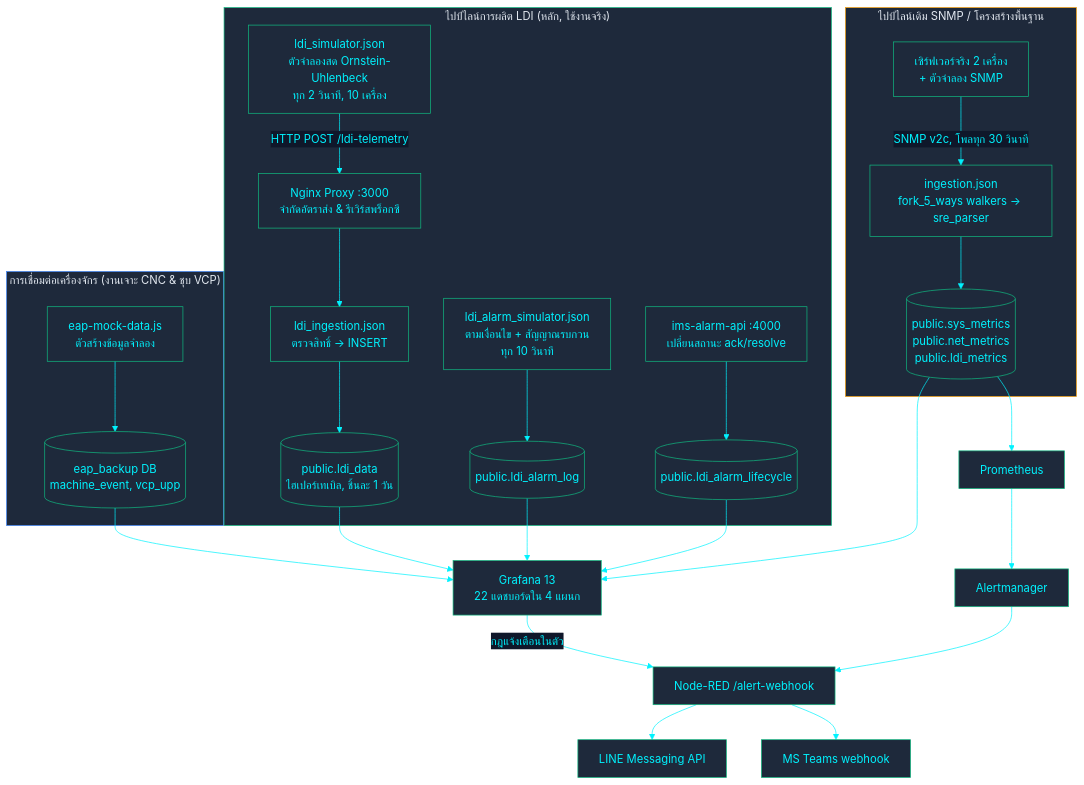
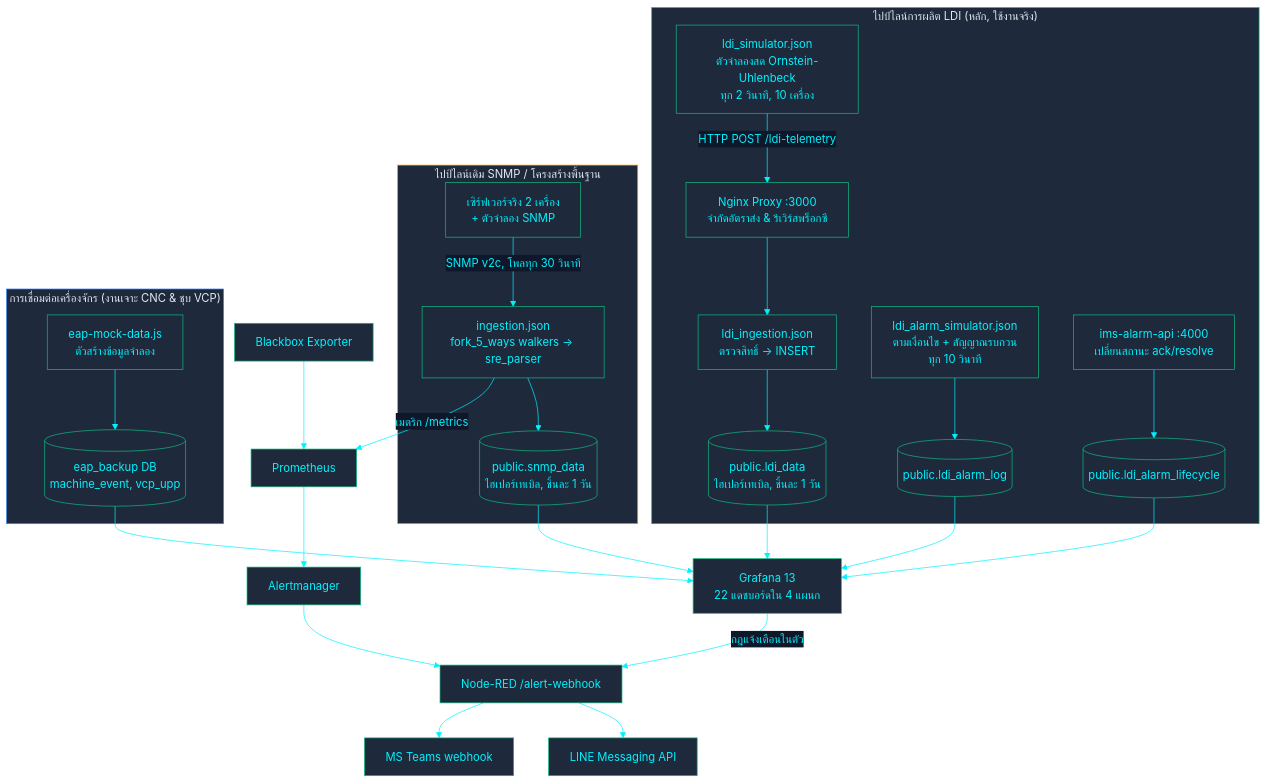
The diagram in th/docs/architecture/ARCHITECTURE.md (PATTANAKORN025/IMS), drawn with Mermaid before and after one commit. The commit also changed 36 other files, not shown here.

First line of the commit message:
fix(docs): reconcile 115 mermaid diagrams with architecture across 3 languages

````diff
--- a/th/docs/architecture/ARCHITECTURE.md
+++ b/th/docs/architecture/ARCHITECTURE.md
@@ -28,35 +28,36 @@
 ```mermaid
 %%{init: {'theme': 'base', 'themeVariables': { 'primaryColor': '#1e293b', 'primaryTextColor': '#00F2FE', 'primaryBorderColor': '#10B981', 'lineColor': '#00F2FE', 'secondaryColor': '#0f172a', 'tertiaryColor': '#0f172a', 'clusterBkg': '#030407', 'clusterBorder': '#00F2FE'}}}%%
 flowchart TB
  subgraph LDI ["ไปป์ไลน์การผลิต LDI (หลัก, ใช้งานจริง)"]
   SIM["ldi_simulator.json\nตัวจำลองสด Ornstein-Uhlenbeck\nทุก 2 วินาที, 10 เครื่อง"] -->|"HTTP POST /ldi-telemetry"| PROXY["Nginx Proxy :3000\nจำกัดอัตราส่ง & รีเวิร์สพร็อกซี"]
   PROXY --> ING["ldi_ingestion.json\nตรวจสิทธิ์ -> INSERT"]
   ING --> LDIDATA[("public.ldi_data\nไฮเปอร์เทเบิล, ชิ้นละ 1 วัน")]
   ALMSIM["ldi_alarm_simulator.json\nตามเงื่อนไข + สัญญาณรบกวน\nทุก 10 วินาที"] --> ALARMLOG[("public.ldi_alarm_log")]
   ALARMAPI["ims-alarm-api :4000\nเปลี่ยนสถานะ ack/resolve"] --> ALARMLC[("public.ldi_alarm_lifecycle")]
  end
 
  subgraph LEGACY ["ไปป์ไลน์เดิม SNMP / โครงสร้างพื้นฐาน"]
   DEV["เซิร์ฟเวอร์จริง 2 เครื่อง\n+ ตัวจำลอง SNMP"] -->|"SNMP v2c, โพลทุก 30 วินาที"| NR["ingestion.json\nfork_5_ways walkers -> sre_parser"]
-  NR --> SYSMETRICS[("public.sys_metrics\npublic.net_metrics\npublic.ldi_metrics")]
+  NR --> SNMPDATA[("public.snmp_data\nไฮเปอร์เทเบิล, ชิ้นละ 1 วัน")]
  end
 
  subgraph EAP ["การเชื่อมต่อเครื่องจักร (งานเจาะ CNC & ชุบ VCP)"]
   MOCK["eap-mock-data.js\nตัวสร้างข้อมูลจำลอง"] --> EAPDB[("eap_backup DB\nmachine_event, vcp_upp")]
  end
 
  LDIDATA --> GRAFANA["Grafana 13\n22 แดชบอร์ดใน 4 แผนก"]
  ALARMLOG --> GRAFANA
  ALARMLC --> GRAFANA
- SYSMETRICS --> GRAFANA
+ SNMPDATA --> GRAFANA
  EAPDB --> GRAFANA
- SYSMETRICS --> PROM["Prometheus"]
+ NR -->|"เมตริก /metrics"| PROM["Prometheus"]
+ BBOX["Blackbox Exporter"] --> PROM
  GRAFANA -->|"กฎแจ้งเตือนในตัว"| NRWEBHOOK["Node-RED /alert-webhook"]
  PROM --> AM["Alertmanager"] --> NRWEBHOOK
  NRWEBHOOK --> LINE["LINE Messaging API"]
  NRWEBHOOK --> TEAMS["MS Teams webhook"]
 
  style LDI fill:#1e293b,stroke:#10B981,color:#e2e8f0
  style LEGACY fill:#1e293b,stroke:#F59E0B,color:#e2e8f0
  style EAP fill:#1e293b,stroke:#3B82F6,color:#e2e8f0
 ```
````
